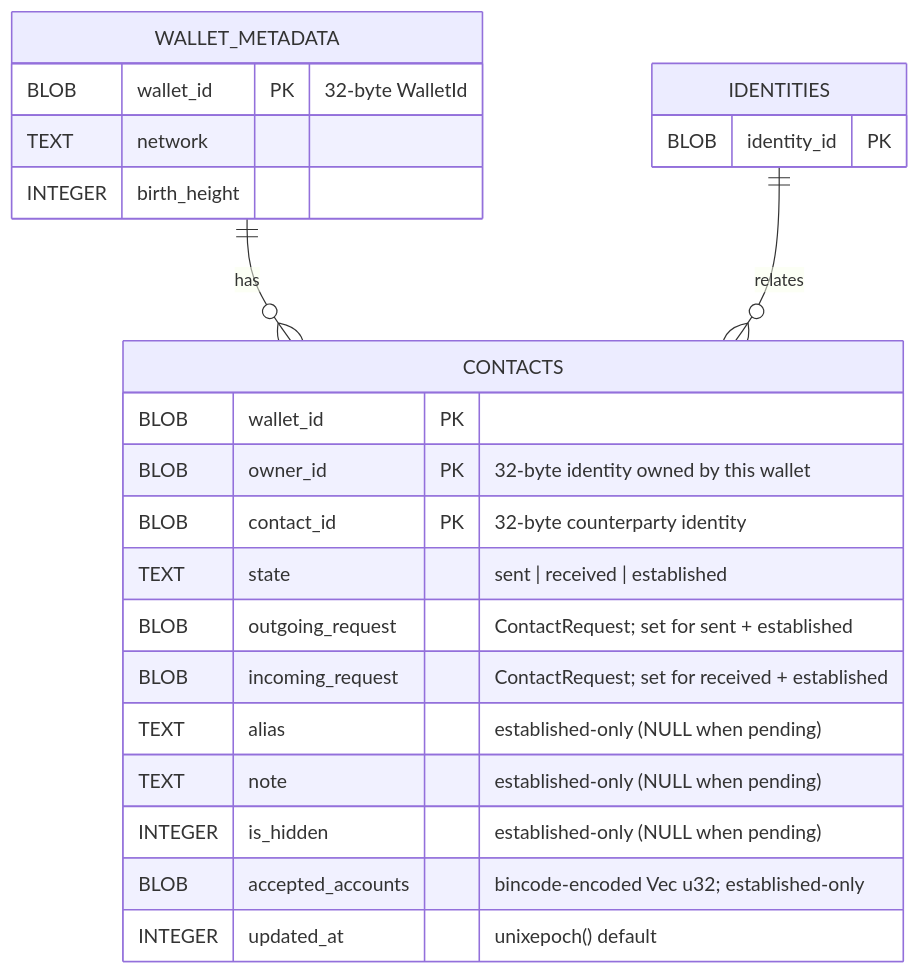
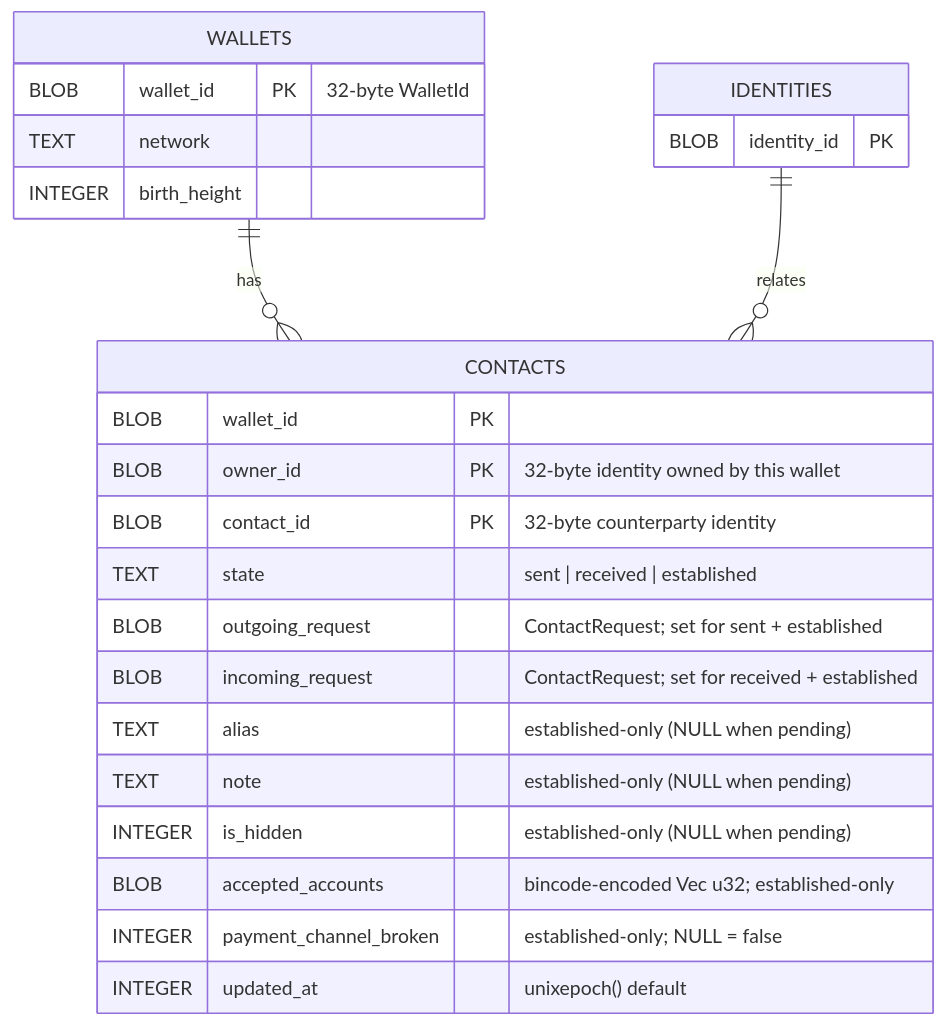
Before and after one commit to dashpay/platform: the third of 5 diagrams in packages/rs-platform-wallet-storage/SCHEMA.md, drawn with Mermaid. The commit also changed other lines of this file and 150 other files, not shown here.

````diff
--- a/packages/rs-platform-wallet-storage/SCHEMA.md
+++ b/packages/rs-platform-wallet-storage/SCHEMA.md
@@ -184,29 +166,30 @@
 ```mermaid
 erDiagram
-    WALLET_METADATA ||--o{ CONTACTS : "has"
+    WALLETS ||--o{ CONTACTS : "has"
     IDENTITIES ||--o{ CONTACTS : "relates"
 
-    WALLET_METADATA {
+    WALLETS {
         BLOB wallet_id PK "32-byte WalletId"
         TEXT network
         INTEGER birth_height
     }
 
     IDENTITIES {
         BLOB identity_id PK
     }
 
     CONTACTS {
         BLOB wallet_id PK
         BLOB owner_id PK "32-byte identity owned by this wallet"
         BLOB contact_id PK "32-byte counterparty identity"
         TEXT state "sent | received | established"
         BLOB outgoing_request "ContactRequest; set for sent + established"
         BLOB incoming_request "ContactRequest; set for received + established"
         TEXT alias "established-only (NULL when pending)"
         TEXT note "established-only (NULL when pending)"
         INTEGER is_hidden "established-only (NULL when pending)"
         BLOB accepted_accounts "bincode-encoded Vec u32; established-only"
+        INTEGER payment_channel_broken "established-only; NULL = false"
         INTEGER updated_at "unixepoch() default"
     }
 ```
````
